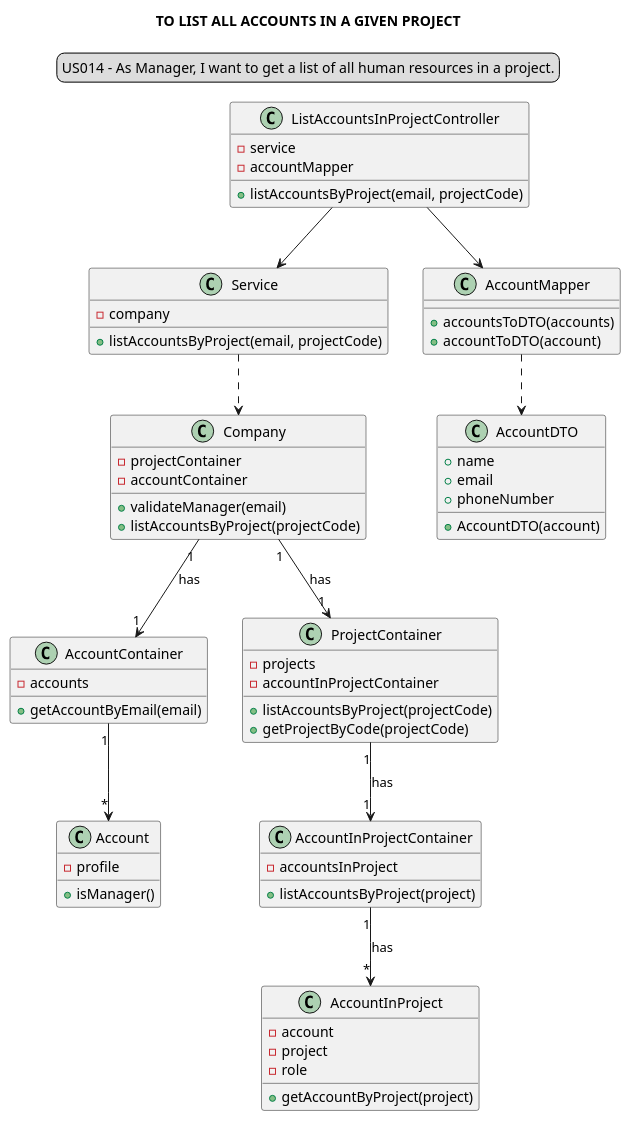
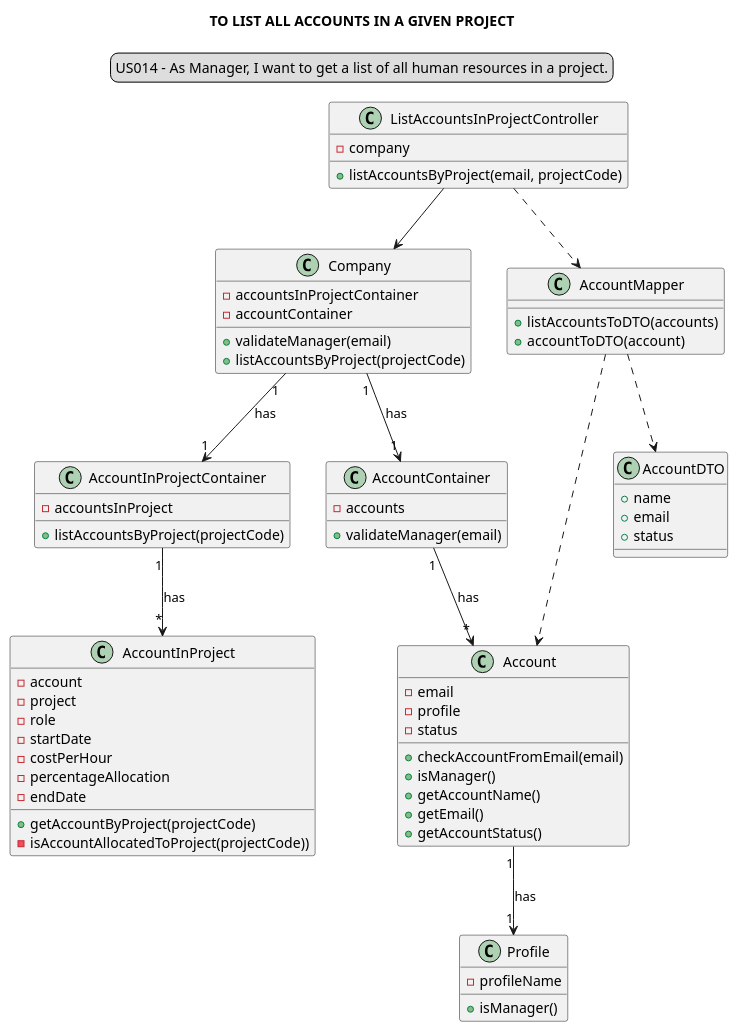
One commit to Loracline/project_switch_22-23 changed the diagram in docs/modelling_design/user_stories/sprint02/us014/US014_classDiagram.puml. Above: the diagram before and after it, drawn with PlantUML. The commit also changed 17 other files, not shown here.

```diff
--- a/docs/modelling_design/user_stories/sprint02/us014/US014_classDiagram.puml
+++ b/docs/modelling_design/user_stories/sprint02/us014/US014_classDiagram.puml
@@ -1,78 +1,77 @@
 @startuml
-
 skinparam sequenceMessageAlign center
 title TO LIST ALL ACCOUNTS IN A GIVEN PROJECT
 legend top
 US014 - As Manager, I want to get a list of all human resources in a project.
 end legend
-
 class "ListAccountsInProjectController" {
--service
--accountMapper
-+listAccountsByProject(email, projectCode)
-}
-
-class "Service"{
 -company
 +listAccountsByProject(email, projectCode)
 }
 
 class "Company"{
--projectContainer
+-accountsInProjectContainer
 -accountContainer
 +validateManager(email)
 +listAccountsByProject(projectCode)
 }
 
-class "AccountContainer"{
--accounts
-+getAccountByEmail(email)
-}
-
-class "Account"{
--profile
-+isManager()
-}
-
-class "ProjectContainer"{
--projects
--accountInProjectContainer
-+listAccountsByProject(projectCode)
-+getProjectByCode(projectCode)
-}
-
-
 class "AccountInProjectContainer"{
 -accountsInProject
-+listAccountsByProject(project)
++listAccountsByProject(projectCode)
 }
 
 class "AccountInProject"{
 -account
 -project
 -role
-+getAccountByProject(project)
+-startDate
+-costPerHour
+-percentageAllocation
+-endDate
++getAccountByProject(projectCode)
+-isAccountAllocatedToProject(projectCode))
+}
+
+class "AccountContainer" {
+-accounts
++validateManager(email)
+}
+
+class "Account" {
+-email
+-profile
+-status
++checkAccountFromEmail(email)
++isManager()
++getAccountName()
++getEmail()
++getAccountStatus()
+}
+
+class "Profile"{
+-profileName
++isManager()
 }
 
 class "AccountMapper"{
-+accountsToDTO(accounts)
++listAccountsToDTO(accounts)
 +accountToDTO(account)
 }
 
 class "AccountDTO"{
 +name
 +email
-+phoneNumber
-+AccountDTO(account)
++status
 }
 
-"ListAccountsInProjectController" --> "Service"
-"ListAccountsInProjectController" --> "AccountMapper"
-"Service" ..> "Company"
-"Company" "1"-->"1" "ProjectContainer": has
-"Company" "1"-->"1" "AccountContainer": has
-"AccountContainer" "1" --> "*" "Account"
+"ListAccountsInProjectController" --> "Company"
+"ListAccountsInProjectController" ..> "AccountMapper"
+"Company" "1"-->"1" "AccountInProjectContainer": has
+"Company" "1" --> "1" "AccountContainer": has
+"AccountContainer" "1" --> "*" "Account": has
+"Account" "1" --> "1""Profile": has
 "AccountMapper" ..> "AccountDTO"
-"ProjectContainer" "1" --> "1" "AccountInProjectContainer": has
 "AccountInProjectContainer" "1" --> "*" "AccountInProject": has
+"AccountMapper"..>"Account"
 @enduml
```
